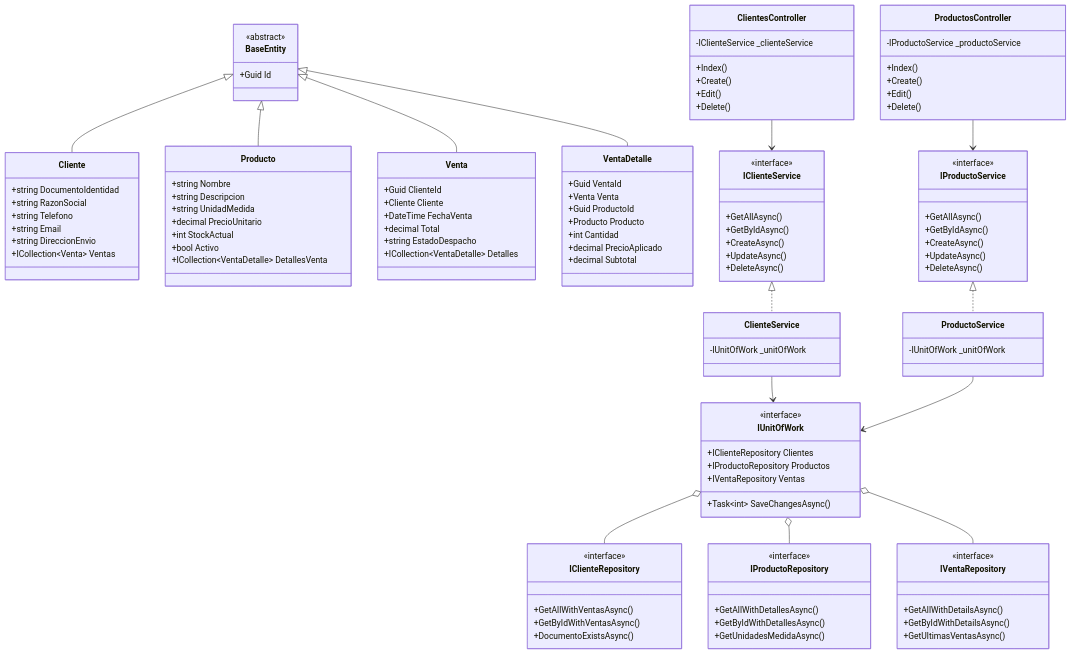
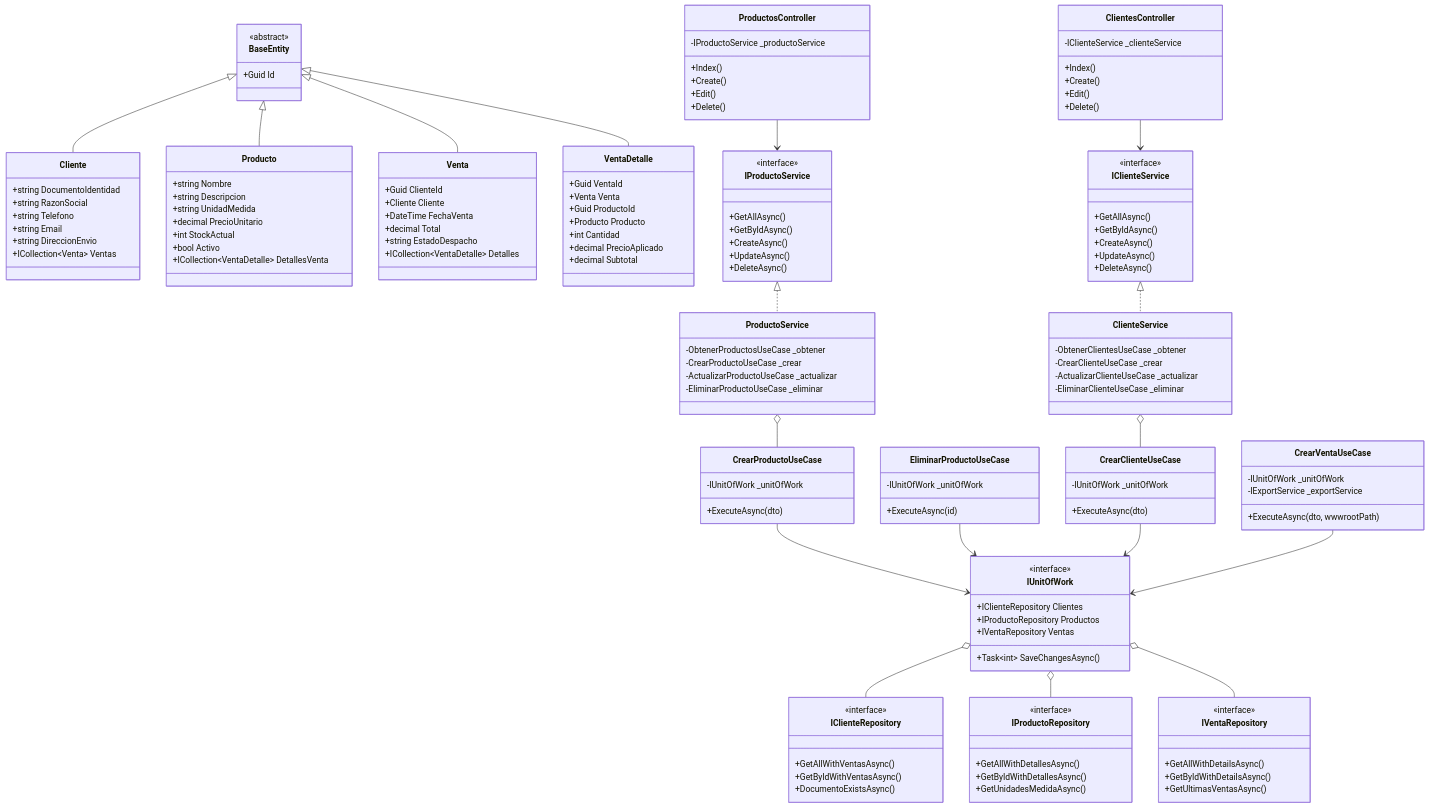
Before and after one commit to harold-855/Firmeza: the second of 6 diagrams in README.md, drawn with Mermaid. The commit also changed other lines of this file and 31 other files, not shown here.

```diff
--- a/README.md
+++ b/README.md
@@ -208,6 +240,27 @@
     IUnitOfWork o-- IProductoRepository
     IUnitOfWork o-- IVentaRepository
 
+    class CrearProductoUseCase {
+        -IUnitOfWork _unitOfWork
+        +ExecuteAsync(dto)
+    }
+
+    class EliminarProductoUseCase {
+        -IUnitOfWork _unitOfWork
+        +ExecuteAsync(id)
+    }
+
+    class CrearVentaUseCase {
+        -IUnitOfWork _unitOfWork
+        -IExportService _exportService
+        +ExecuteAsync(dto, wwwrootPath)
+    }
+
+    class CrearClienteUseCase {
+        -IUnitOfWork _unitOfWork
+        +ExecuteAsync(dto)
+    }
+
     class IClienteService {
         <<interface>>
         +GetAllAsync()
@@ -227,17 +280,27 @@
     }
 
     class ClienteService {
-        -IUnitOfWork _unitOfWork
+        -ObtenerClientesUseCase _obtener
+        -CrearClienteUseCase _crear
+        -ActualizarClienteUseCase _actualizar
+        -EliminarClienteUseCase _eliminar
     }
 
     class ProductoService {
-        -IUnitOfWork _unitOfWork
+        -ObtenerProductosUseCase _obtener
+        -CrearProductoUseCase _crear
+        -ActualizarProductoUseCase _actualizar
+        -EliminarProductoUseCase _eliminar
     }
 
     IClienteService <|.. ClienteService
     IProductoService <|.. ProductoService
-    ClienteService --> IUnitOfWork
-    ProductoService --> IUnitOfWork
+    CrearProductoUseCase --> IUnitOfWork
+    EliminarProductoUseCase --> IUnitOfWork
+    CrearClienteUseCase --> IUnitOfWork
+    CrearVentaUseCase --> IUnitOfWork
+    ClienteService o-- CrearClienteUseCase
+    ProductoService o-- CrearProductoUseCase
 
     class ClientesController {
         -IClienteService _clienteService
```
